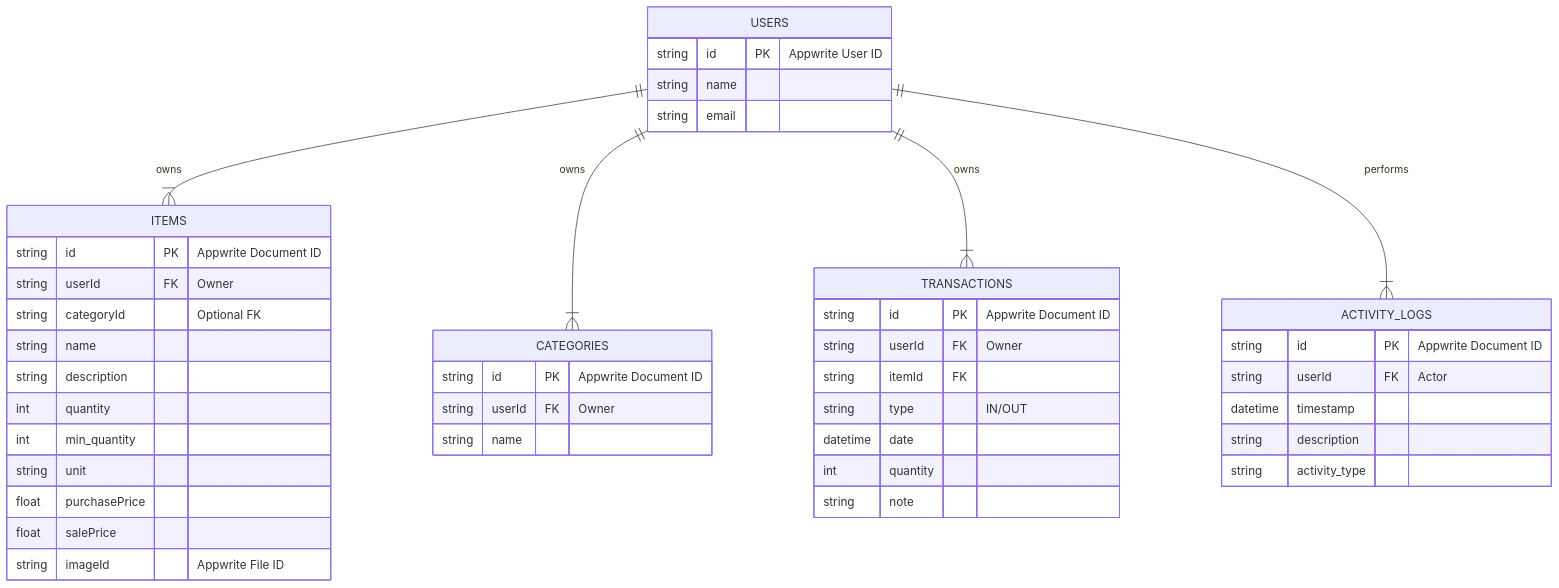
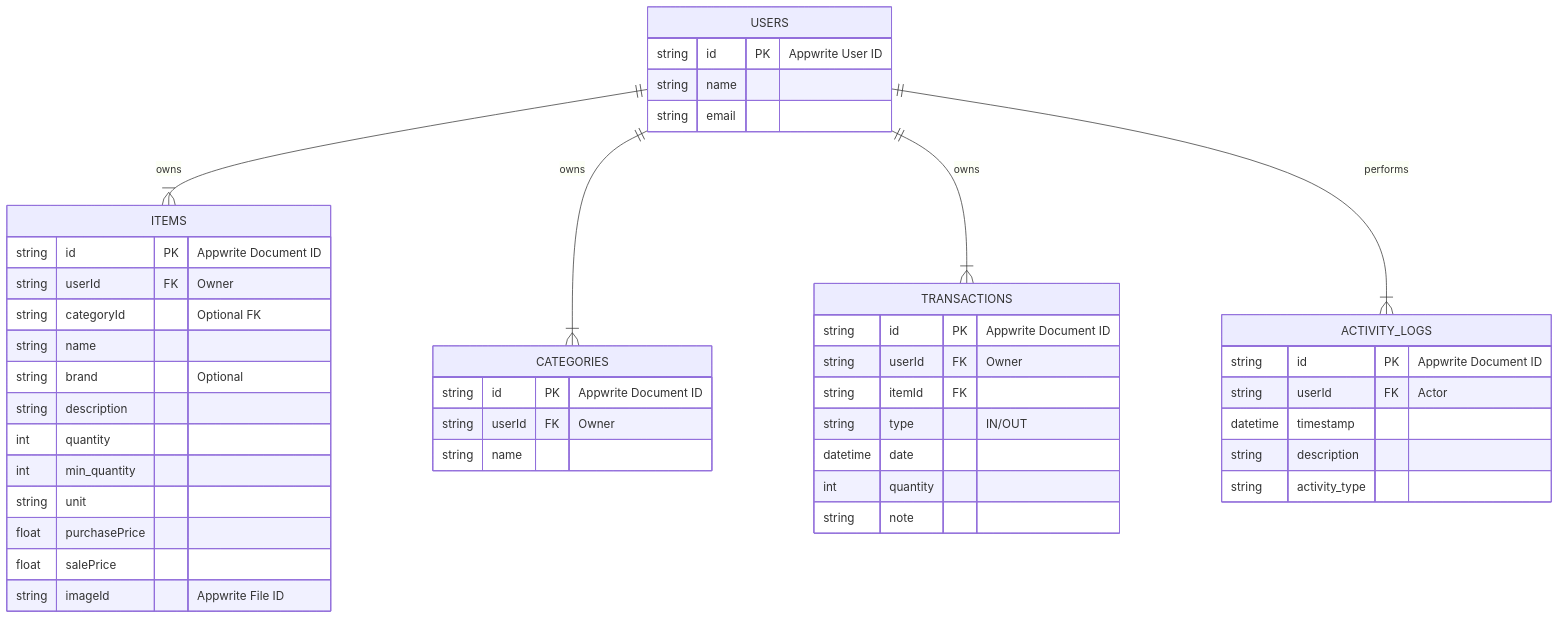
Before and after one commit to azharmlnf/inventory-apps: the diagram in ERD.md, drawn with Mermaid. The commit also changed 10 other files, not shown here.

````diff
--- a/ERD.md
+++ b/ERD.md
@@ -4,51 +4,52 @@
 ```mermaid
 erDiagram
     USERS ||--|{ ITEMS : "owns"
     USERS ||--|{ CATEGORIES : "owns"
     USERS ||--|{ TRANSACTIONS : "owns"
     USERS ||--|{ ACTIVITY_LOGS : "performs"
     
     USERS {
         string id PK "Appwrite User ID"
         string name
         string email
     }
 
     ITEMS {
         string id PK "Appwrite Document ID"
         string userId FK "Owner"
         string categoryId "Optional FK"
         string name
+        string brand "Optional"
         string description
         int quantity
         int min_quantity
         string unit
         float purchasePrice
         float salePrice
         string imageId "Appwrite File ID"
     }
 
     CATEGORIES {
         string id PK "Appwrite Document ID"
         string userId FK "Owner"
         string name
     }
 
     TRANSACTIONS {
         string id PK "Appwrite Document ID"
         string userId FK "Owner"
         string itemId FK
         string type "IN/OUT"
         datetime date
         int quantity
         string note
     }
 
     ACTIVITY_LOGS {
         string id PK "Appwrite Document ID"
         string userId FK "Actor"
         datetime timestamp
         string description
         string activity_type
     }
 ```
````
